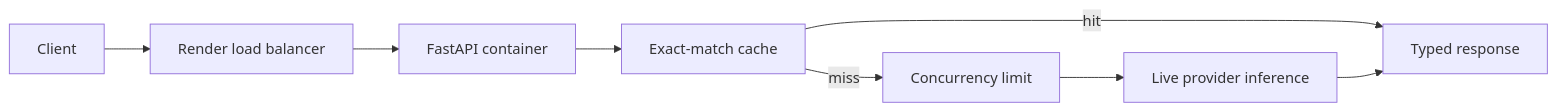
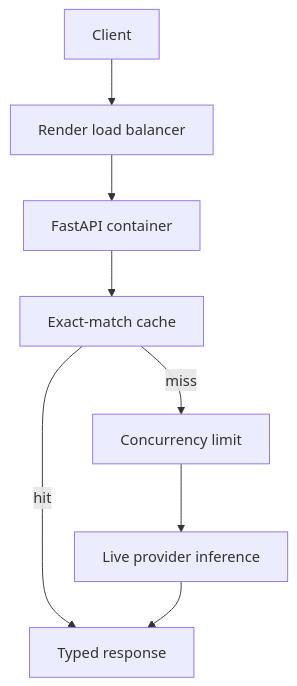
Before and after one commit to bootcampyoussef/mle-containerized-llm-deployment: the diagram in README.md, drawn with Mermaid.

Commit message:
docs: clarify Mermaid diagrams and lesson workflows

````diff
--- a/README.md
+++ b/README.md
@@ -57,10 +57,10 @@
 ```mermaid
-flowchart LR
+flowchart TD
     A["Client"] --> B["Render load balancer"]
     B --> C["FastAPI container"]
     C --> E["Exact-match cache"]
     E -->|"miss"| D["Concurrency limit"]
     D --> F["Live provider inference"]
     E -->|"hit"| G["Typed response"]
     F --> G
 ```
````
